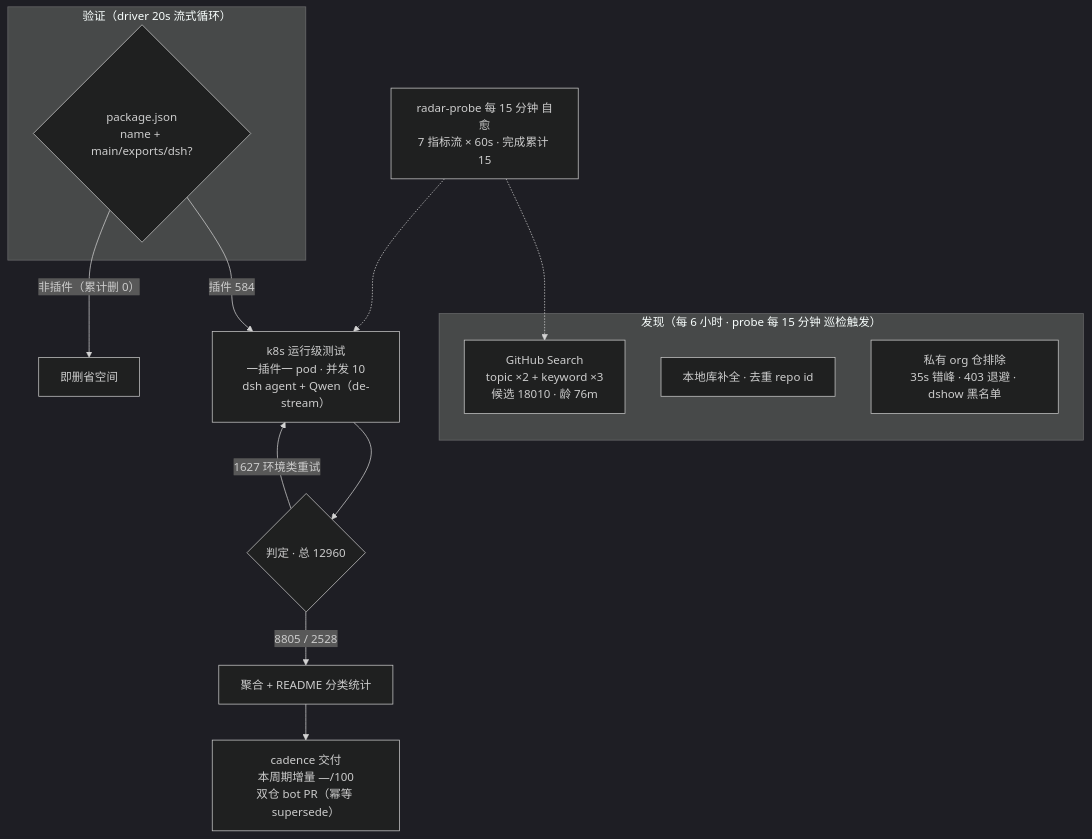
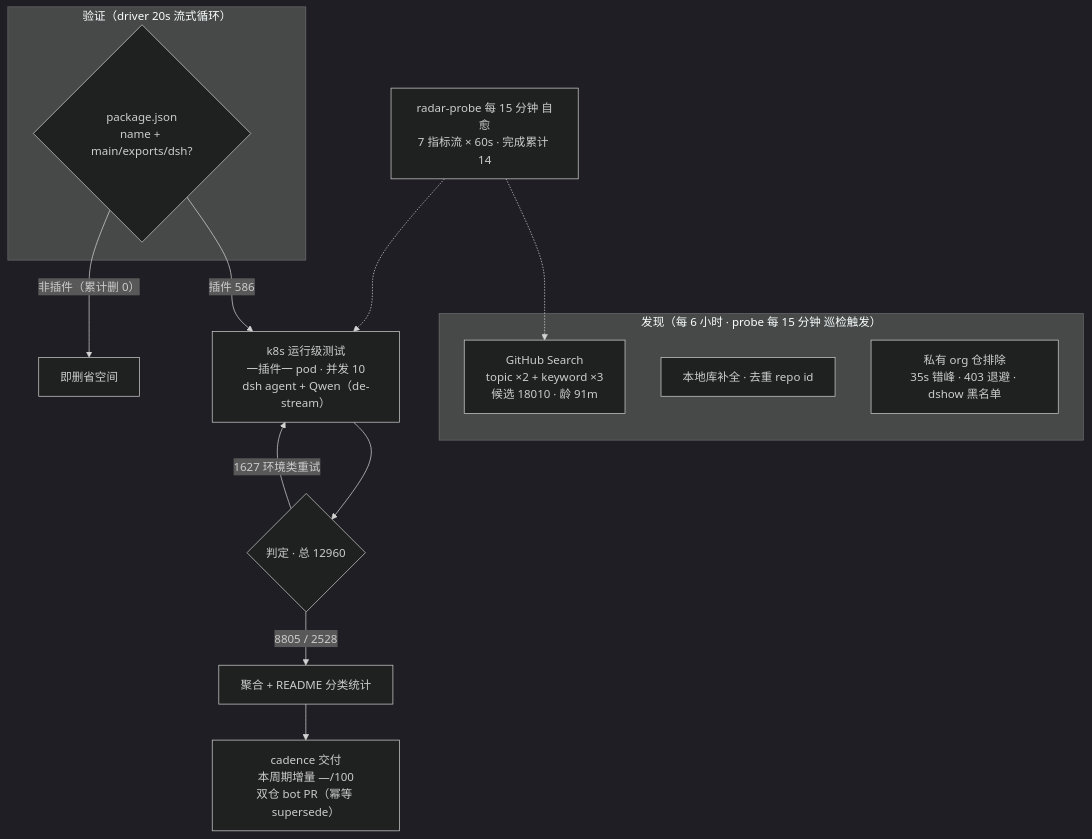
Before and after one commit to AdamPlatin123/awesome-dsh-plugins: the diagram in README.md, drawn with Mermaid (dark theme). The commit also changed other lines of this file and 5 other files, not shown here.

````diff
--- a/README.md
+++ b/README.md
@@ -52,20 +52,20 @@
 ```mermaid
 flowchart TB
     subgraph Discovery["发现（每 6 小时 · probe 每 15 分钟 巡检触发）"]
-        A1["GitHub Search<br/>topic ×2 + keyword ×3<br/>候选 18010 · 龄 76m"]
+        A1["GitHub Search<br/>topic ×2 + keyword ×3<br/>候选 18010 · 龄 91m"]
         A2["本地库补全 · 去重 repo id"]
         A3["私有 org 仓排除<br/>35s 错峰 · 403 退避 · dshow 黑名单"]
     end
     subgraph Validation["验证（driver 20s 流式循环）"]
         B1{"package.json<br/>name + main/exports/dsh?"}
     end
-    B1 -->|"插件 584"| C1["k8s 运行级测试<br/>一插件一 pod · 并发 10<br/>dsh agent + Qwen（de-stream）"]
+    B1 -->|"插件 586"| C1["k8s 运行级测试<br/>一插件一 pod · 并发 10<br/>dsh agent + Qwen（de-stream）"]
     B1 -->|"非插件（累计删 0）"| B3["即删省空间"]
     C1 --> D1{"判定 · 总 12960"}
     D1 -->|"8805 / 2528"| E1["聚合 + README 分类统计"]
     D1 -->|"1627 环境类重试"| C1
     E1 --> E2["cadence 交付<br/>本周期增量 —/100<br/>双仓 bot PR（幂等 supersede）"]
-    M["radar-probe 每 15 分钟 自愈<br/>7 指标流 × 60s · 完成累计 15"]
+    M["radar-probe 每 15 分钟 自愈<br/>7 指标流 × 60s · 完成累计 14"]
     M -.-> A1
     M -.-> C1
 ```
````
